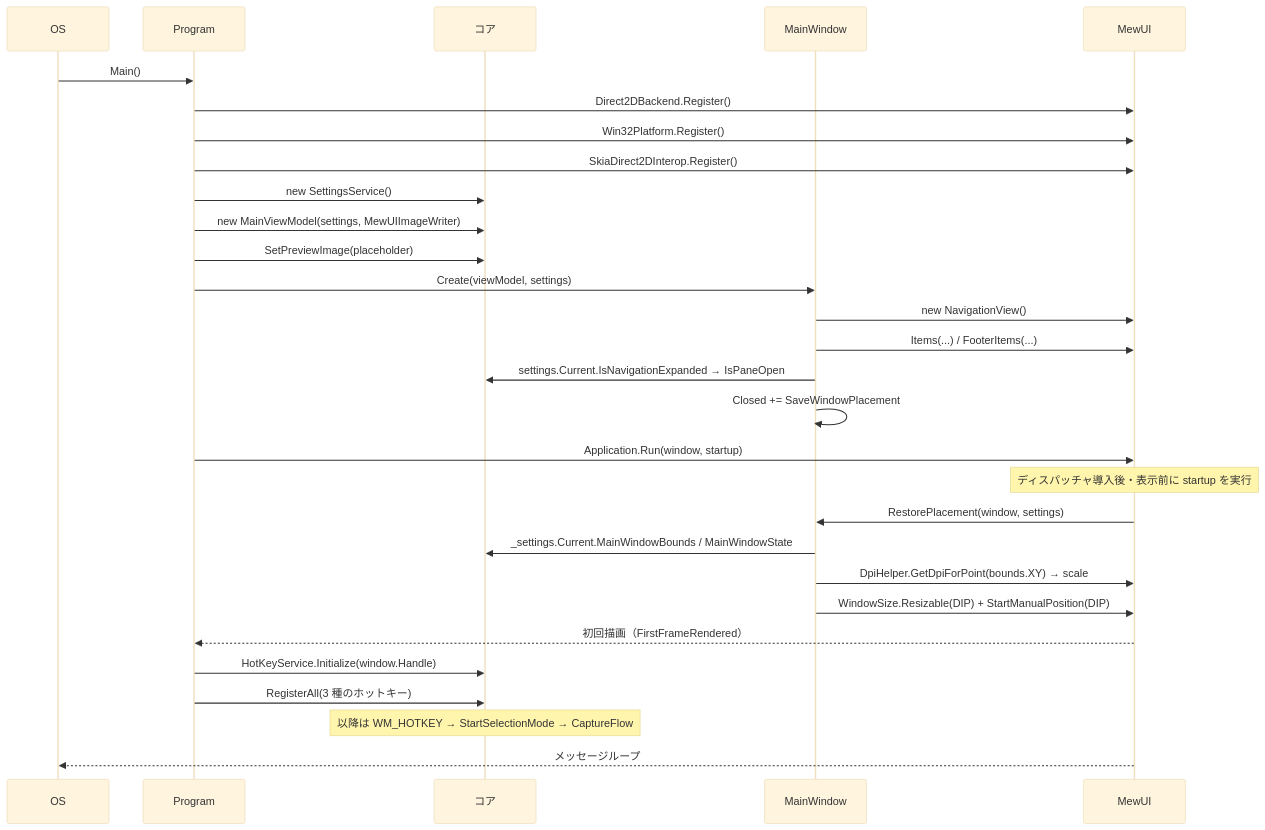
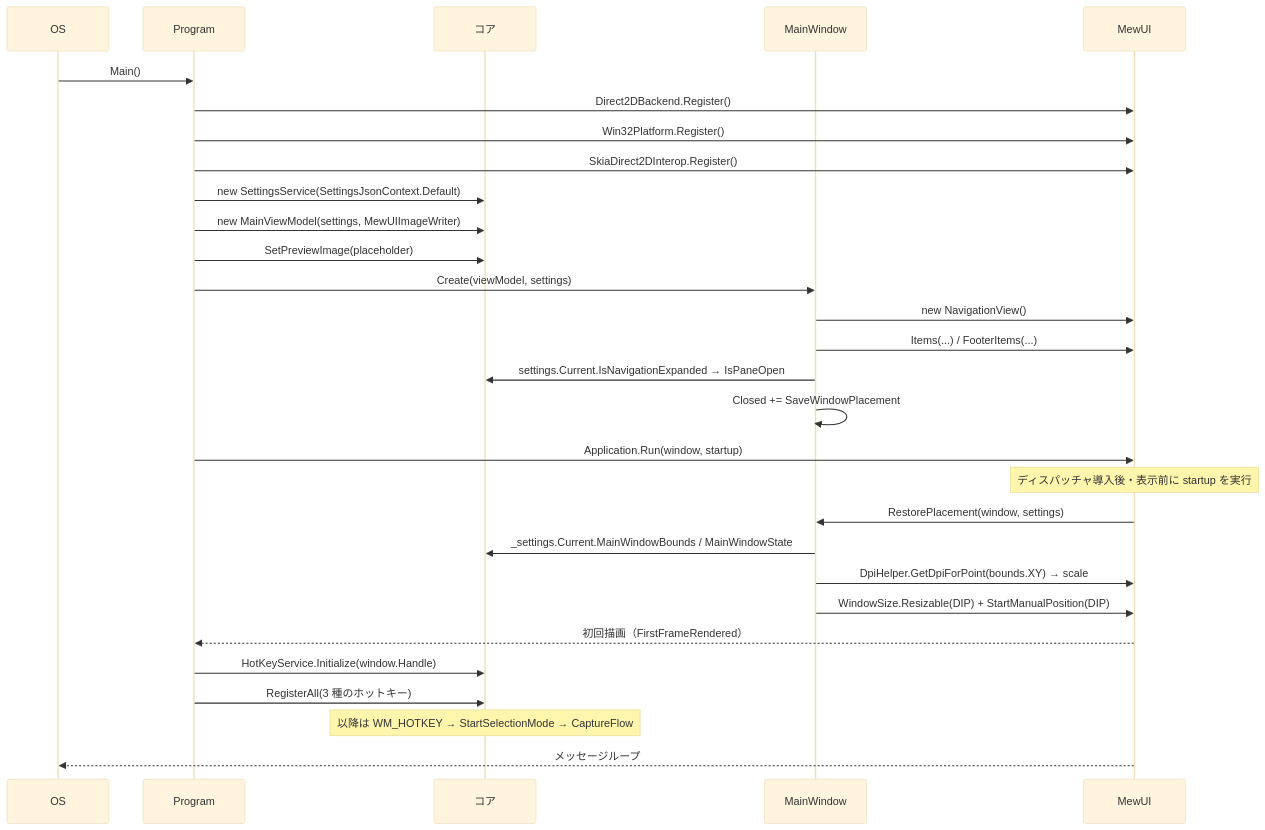
Before and after one commit to tomokuni/SaveEvidence: the second of 12 diagrams in src/App.MewUI/docs/SPEC_System.md, drawn with Mermaid (base theme). The commit also changed 20 other files, not shown here.

````diff
--- a/src/App.MewUI/docs/SPEC_System.md
+++ b/src/App.MewUI/docs/SPEC_System.md
@@ -328,32 +328,32 @@
 ```mermaid
 sequenceDiagram
     participant OS
     participant P as Program
     participant C as コア
     participant W as MainWindow
     participant MW as MewUI
 
     OS->>P: Main()
     P->>MW: Direct2DBackend.Register()
     P->>MW: Win32Platform.Register()
     P->>MW: SkiaDirect2DInterop.Register()
-    P->>C: new SettingsService()
+    P->>C: new SettingsService(SettingsJsonContext.Default)
     P->>C: new MainViewModel(settings, MewUIImageWriter)
     P->>C: SetPreviewImage(placeholder)
     P->>W: Create(viewModel, settings)
     W->>MW: new NavigationView()
     W->>MW: Items(...) / FooterItems(...)
     W->>C: settings.Current.IsNavigationExpanded → IsPaneOpen
     W->>W: Closed += SaveWindowPlacement
     P->>MW: Application.Run(window, startup)
     Note over MW: ディスパッチャ導入後・表示前に startup を実行
     MW->>W: RestorePlacement(window, settings)
     W->>C: _settings.Current.MainWindowBounds / MainWindowState
     W->>MW: DpiHelper.GetDpiForPoint(bounds.XY) → scale
     W->>MW: WindowSize.Resizable(DIP) + StartManualPosition(DIP)
     MW-->>P: 初回描画（FirstFrameRendered）
     P->>C: HotKeyService.Initialize(window.Handle)
     P->>C: RegisterAll(3 種のホットキー)
     Note over C: 以降は WM_HOTKEY → StartSelectionMode → CaptureFlow
     MW-->>OS: メッセージループ
 ```
````
